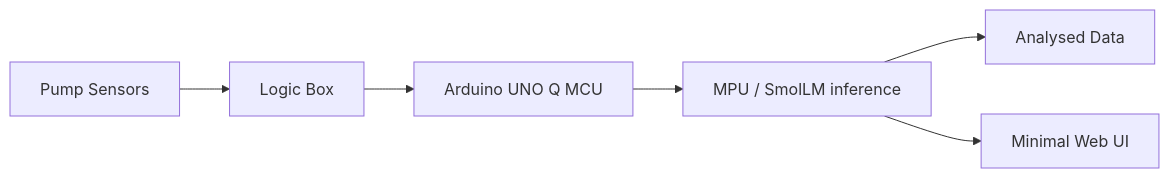
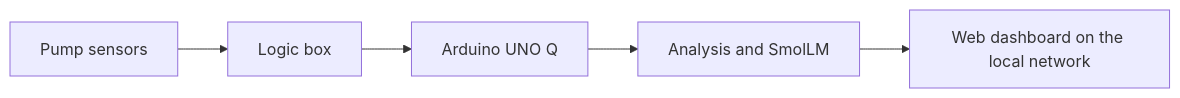
One commit to 03pencil/vAInu changed the diagram in README.md. Above: the diagram before and after it, drawn with Mermaid. The commit also changed other lines of this file and 4 other files, not shown here.

````diff
--- a/README.md
+++ b/README.md
@@ -15,8 +18,7 @@
 ```mermaid
 flowchart LR
-    A[Pump Sensors] --> B[Logic Box]
-    B --> C[Arduino UNO Q MCU]
-    C --> D[MPU / SmolLM inference]
-    D --> E[Analysed Data]
-    D --> F[Minimal Web UI]
+    A[Pump sensors] --> B[Logic box]
+    B --> C[Arduino UNO Q]
+    C --> D[Analysis and SmolLM]
+    D --> E[Web dashboard on the local network]
 ```
````
